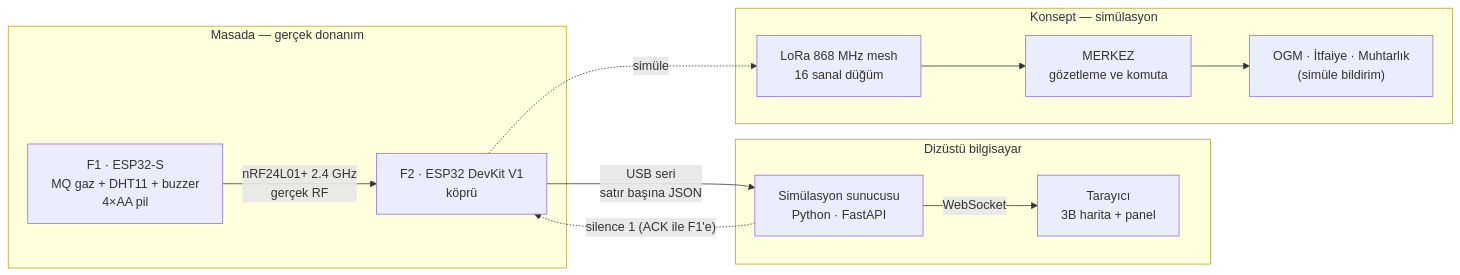
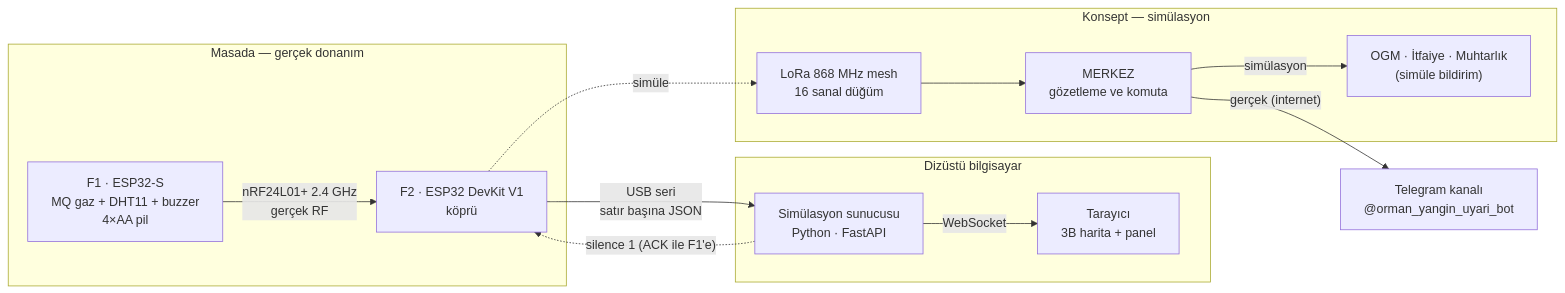
Before and after one commit to Nogeday/orman-yangini-erken-uyari: the diagram in README.md, drawn with Mermaid. The commit also changed other lines of this file and 15 other files, not shown here.

````diff
--- a/README.md
+++ b/README.md
@@ -28,23 +29,25 @@
 ```mermaid
 flowchart LR
   subgraph Masa["Masada — gerçek donanım"]
     F1["F1 · ESP32-S<br/>MQ gaz + DHT11 + buzzer<br/>4×AA pil"]
     F2["F2 · ESP32 DevKit V1<br/>köprü"]
   end
   subgraph PC["Dizüstü bilgisayar"]
     S["Simülasyon sunucusu<br/>Python · FastAPI"]
     B["Tarayıcı<br/>3B harita + panel"]
   end
   subgraph Konsept["Konsept — simülasyon"]
     M["LoRa 868 MHz mesh<br/>16 sanal düğüm"]
     C["MERKEZ<br/>gözetleme ve komuta"]
     K["OGM · İtfaiye · Muhtarlık<br/>(simüle bildirim)"]
   end
+  T["Telegram kanalı<br/>@orman_yangin_uyari_bot"]
   F1 -->|"nRF24L01+ 2.4 GHz<br/>gerçek RF"| F2
   F2 -->|"USB seri<br/>satır başına JSON"| S
   S -->|WebSocket| B
   S -.->|"silence 1 (ACK ile F1'e)"| F2
   F2 -.->|simüle| M
   M --> C
-  C --> K
+  C -->|simülasyon| K
+  C -->|"gerçek (internet)"| T
 ```
````
